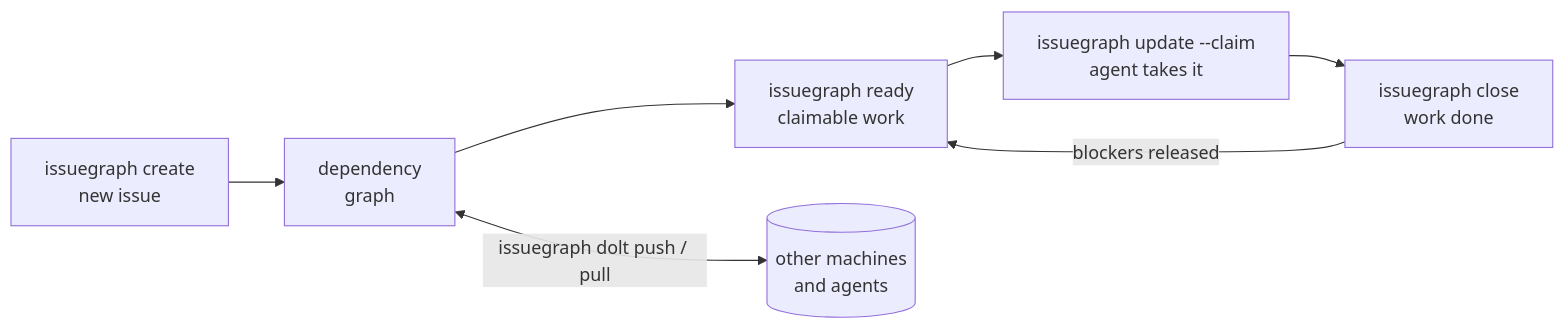
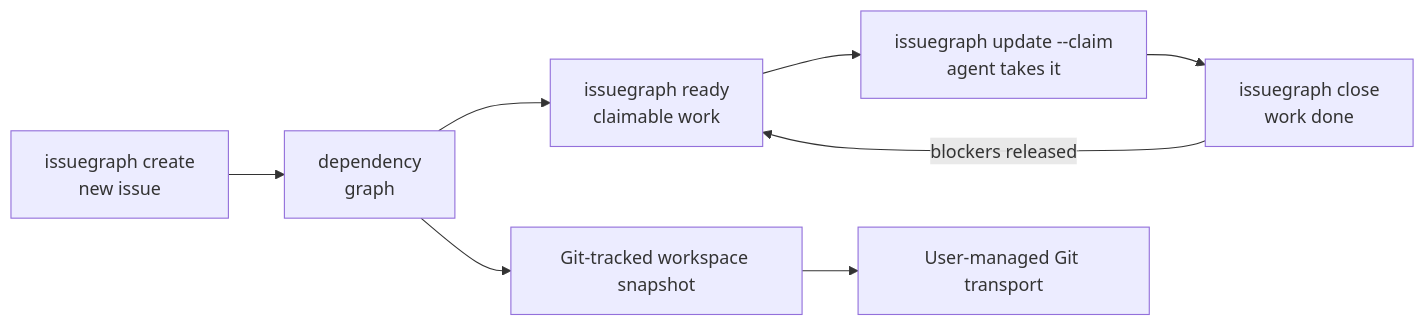
The diagram in README.md (borg0ai/dx-issuegraph), drawn with Mermaid before and after one commit. The commit also changed other lines of this file and 101 other files, not shown here.

````diff
--- a/README.md
+++ b/README.md
@@ -20,9 +20,10 @@
 ```mermaid
 flowchart LR
     create["issuegraph create<br/>new issue"] --> depgraph["dependency<br/>graph"]
     depgraph --> ready["issuegraph ready<br/>claimable work"]
     ready --> claim["issuegraph update --claim<br/>agent takes it"]
     claim --> close["issuegraph close<br/>work done"]
     close -->|blockers released| ready
-    depgraph <-->|"issuegraph dolt push / pull"| remote[("other machines<br/>and agents")]
+    depgraph --> snapshot["Git-tracked workspace snapshot"]
+    snapshot --> git["User-managed Git transport"]
 ```
````
